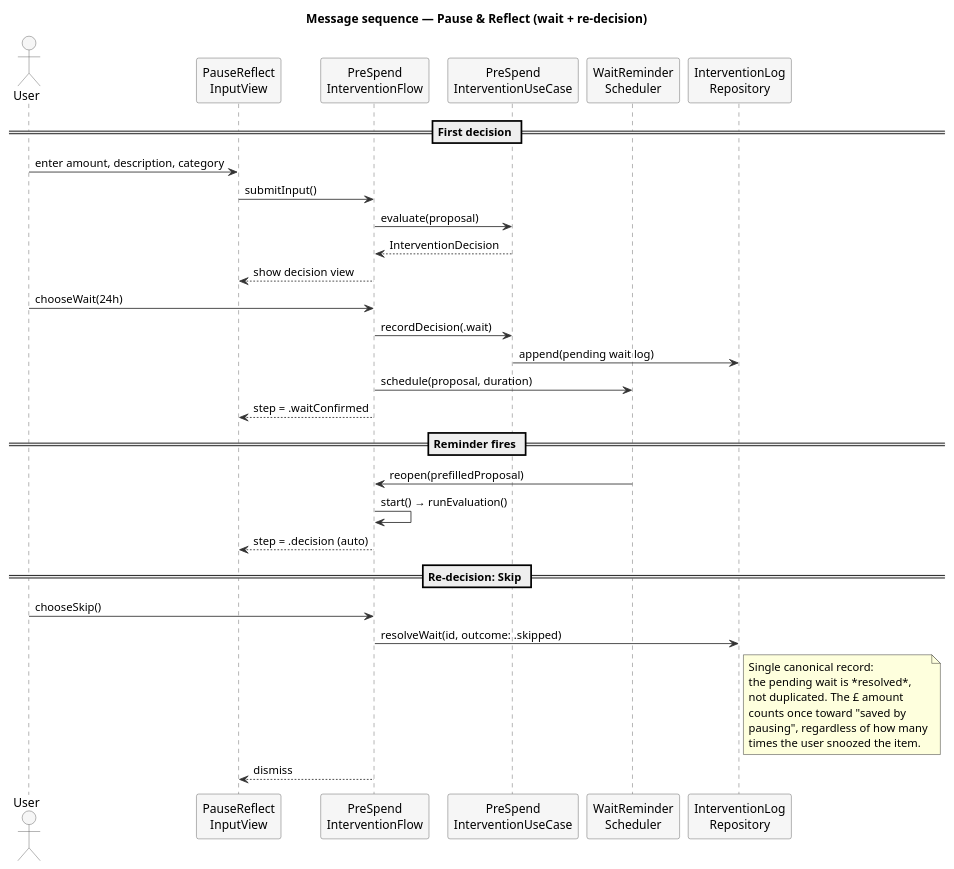
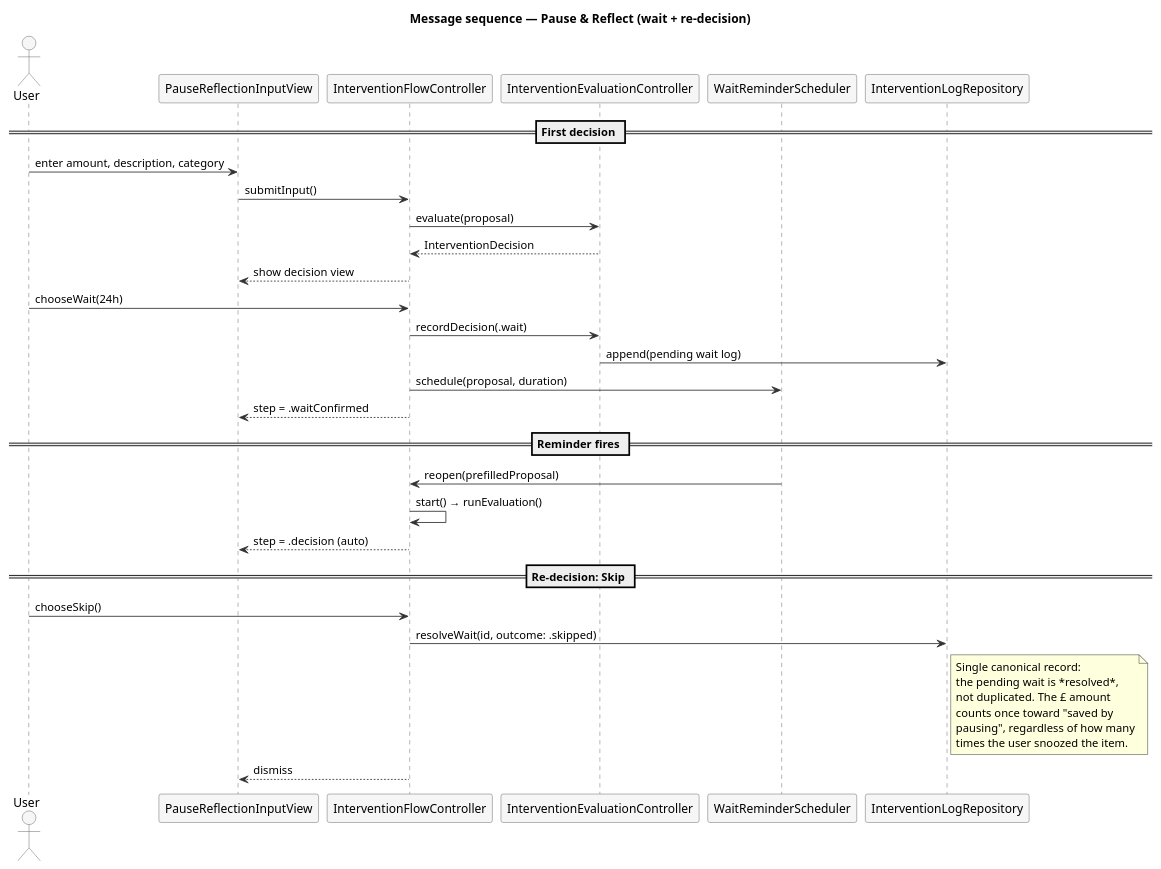
One commit to beckz001/Bujet changed the diagram in portfolio_diagrams/11_sequence_pause_reflect.puml. Above: the diagram before and after it, drawn with PlantUML. The commit also changed 2 other files, not shown here.

Commit message:
Initial category changed to bills. PUML diagrams modified slightly.

```diff
--- a/portfolio_diagrams/11_sequence_pause_reflect.puml
+++ b/portfolio_diagrams/11_sequence_pause_reflect.puml
@@ -1,52 +1,52 @@
 @startuml Sequence_PauseReflect_WaitRedecision
 title Message sequence — Pause & Reflect (wait + re-decision)
 
 skinparam shadowing false
 skinparam sequence {
   ArrowColor #333333
   LifeLineBorderColor #555555
   ParticipantBorderColor #555555
   ParticipantBackgroundColor #F6F6F6
   ActorBorderColor #555555
   ActorBackgroundColor #F6F6F6
 }
 
 actor User
-participant "PauseReflect\nInputView"          as Input
-participant "PreSpend\nInterventionFlow"       as Flow
-participant "PreSpend\nInterventionUseCase"    as UseCase
-participant "WaitReminder\nScheduler"          as Sched
-participant "InterventionLog\nRepository"      as LogRepo
+participant "PauseReflectionInputView"          as Input
+participant "InterventionFlowController"       as Flow
+participant "InterventionEvaluationController"    as UseCase
+participant "WaitReminderScheduler"          as Sched
+participant "InterventionLogRepository"      as LogRepo
 
 == First decision ==
 User -> Input : enter amount, description, category
 Input -> Flow : submitInput()
 Flow  -> UseCase : evaluate(proposal)
 UseCase --> Flow : InterventionDecision
 Flow  --> Input  : show decision view
 
 User -> Flow : chooseWait(24h)
 Flow -> UseCase : recordDecision(.wait)
 UseCase -> LogRepo : append(pending wait log)
 Flow -> Sched : schedule(proposal, duration)
 Flow --> Input : step = .waitConfirmed
 
 == Reminder fires ==
 Sched -> Flow : reopen(prefilledProposal)
 Flow -> Flow  : start() → runEvaluation()
 Flow --> Input : step = .decision (auto)
 
 == Re-decision: Skip ==
 User -> Flow : chooseSkip()
 Flow -> LogRepo : resolveWait(id, outcome: .skipped)
 note right of LogRepo
   Single canonical record:
   the pending wait is *resolved*,
   not duplicated. The £ amount
   counts once toward "saved by
   pausing", regardless of how many
   times the user snoozed the item.
 end note
 Flow --> Input : dismiss
 
 @enduml
```
